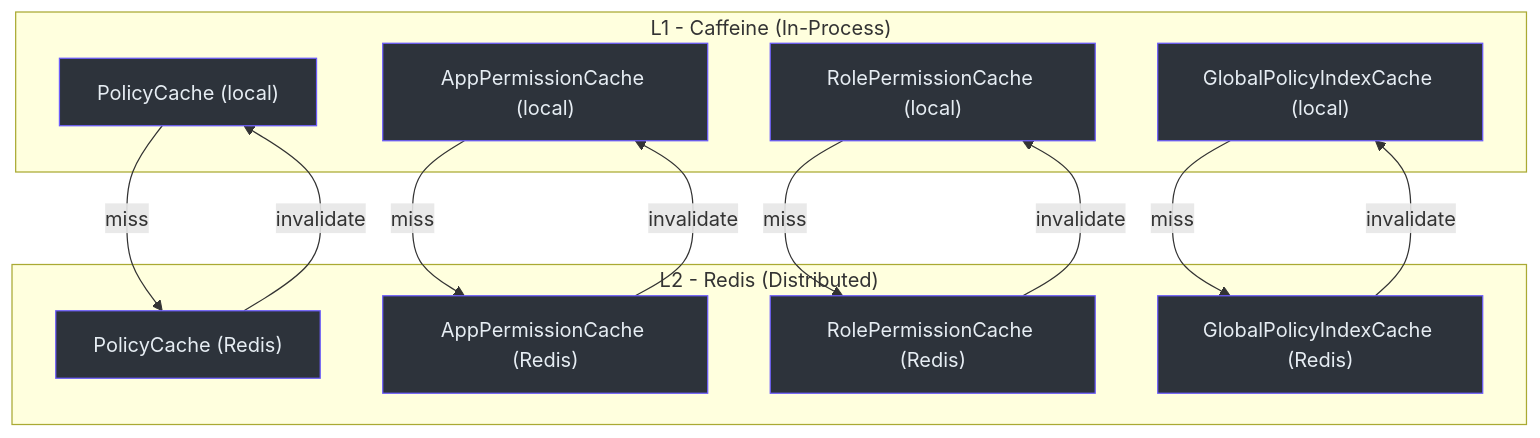
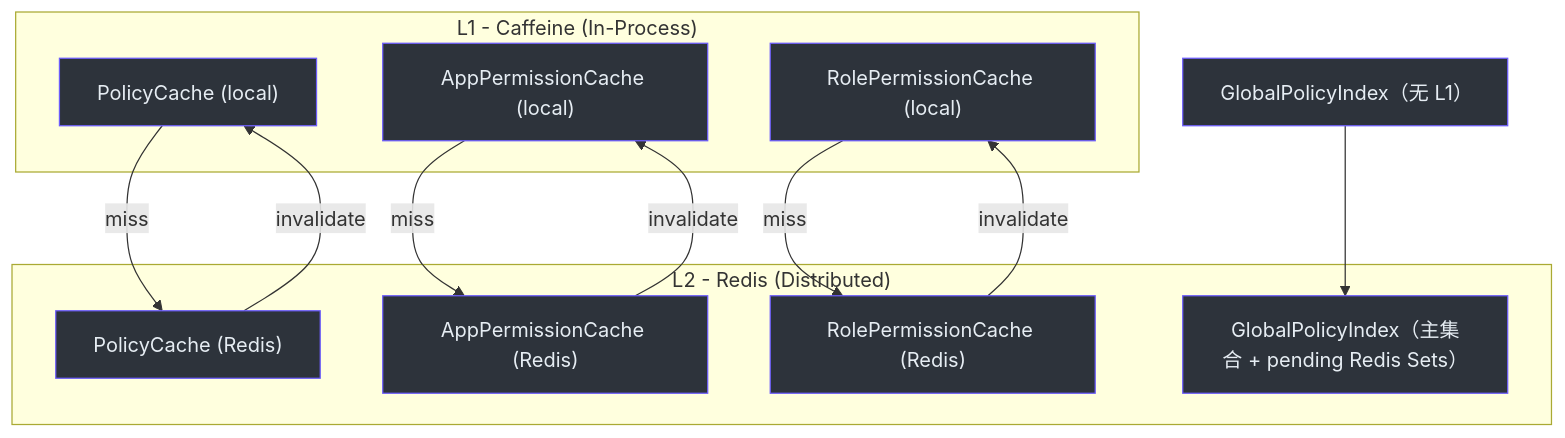
Before and after one commit to Ahoo-Wang/CoSec: the fourth of 4 diagrams in wiki/zh/deep-dive/integrations/redis-caching.md, drawn with Mermaid. The commit also changed other lines of this file and 43 other files, not shown here.

````diff
--- a/wiki/zh/deep-dive/integrations/redis-caching.md
+++ b/wiki/zh/deep-dive/integrations/redis-caching.md
@@ -142,33 +144,31 @@
 ```mermaid
 graph TD
     subgraph "L1 - Caffeine (In-Process)"
         A["PolicyCache (local)"]
         B["AppPermissionCache (local)"]
         C["RolePermissionCache (local)"]
-        D["GlobalPolicyIndexCache (local)"]
     end
     subgraph "L2 - Redis (Distributed)"
         E["PolicyCache (Redis)"]
         F["AppPermissionCache (Redis)"]
         G["RolePermissionCache (Redis)"]
-        H["GlobalPolicyIndexCache (Redis)"]
+        H["GlobalPolicyIndex（主集合 + pending Redis Sets）"]
     end
+    D["GlobalPolicyIndex（无 L1）"] --> H
     A -->|miss| E
     B -->|miss| F
     C -->|miss| G
-    D -->|miss| H
     E -->|invalidate| A
     F -->|invalidate| B
     G -->|invalidate| C
-    H -->|invalidate| D
 
     style A fill:#2d333b,stroke:#6d5dfc,color:#e6edf3
     style B fill:#2d333b,stroke:#6d5dfc,color:#e6edf3
     style C fill:#2d333b,stroke:#6d5dfc,color:#e6edf3
     style D fill:#2d333b,stroke:#6d5dfc,color:#e6edf3
     style E fill:#2d333b,stroke:#6d5dfc,color:#e6edf3
     style F fill:#2d333b,stroke:#6d5dfc,color:#e6edf3
     style G fill:#2d333b,stroke:#6d5dfc,color:#e6edf3
     style H fill:#2d333b,stroke:#6d5dfc,color:#e6edf3
 
 ```
````
